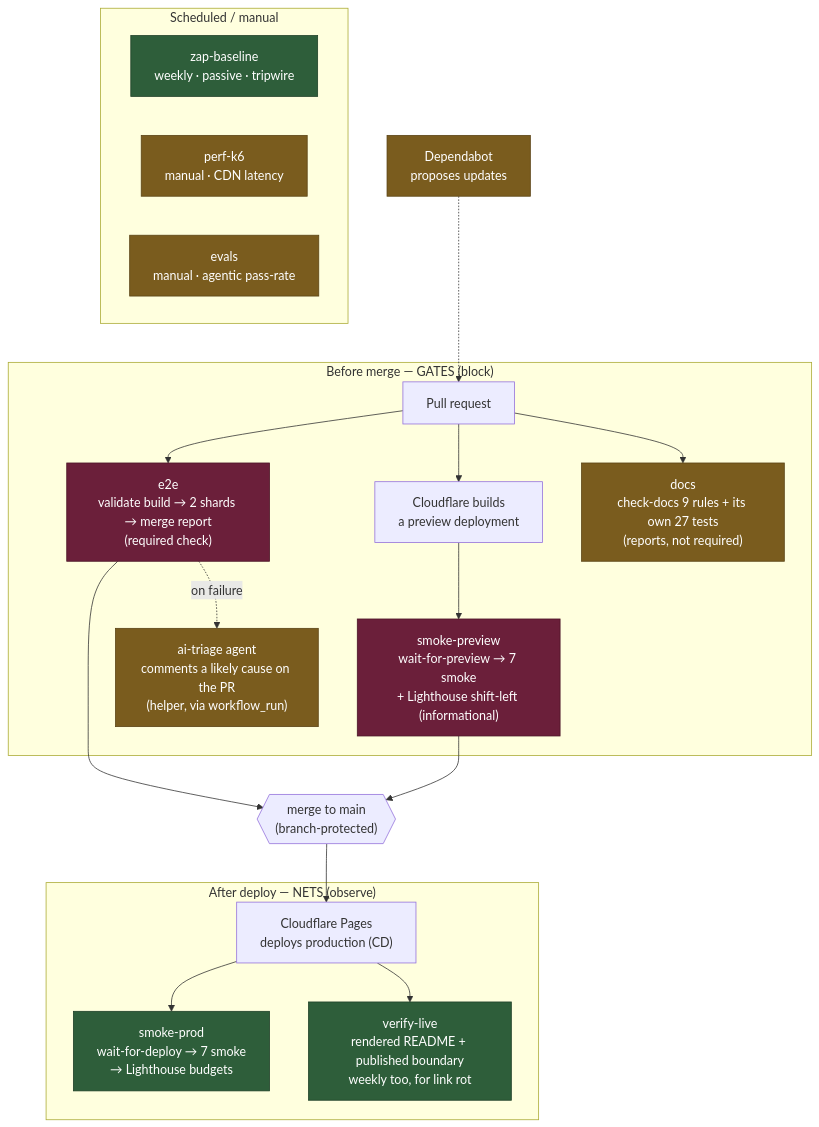
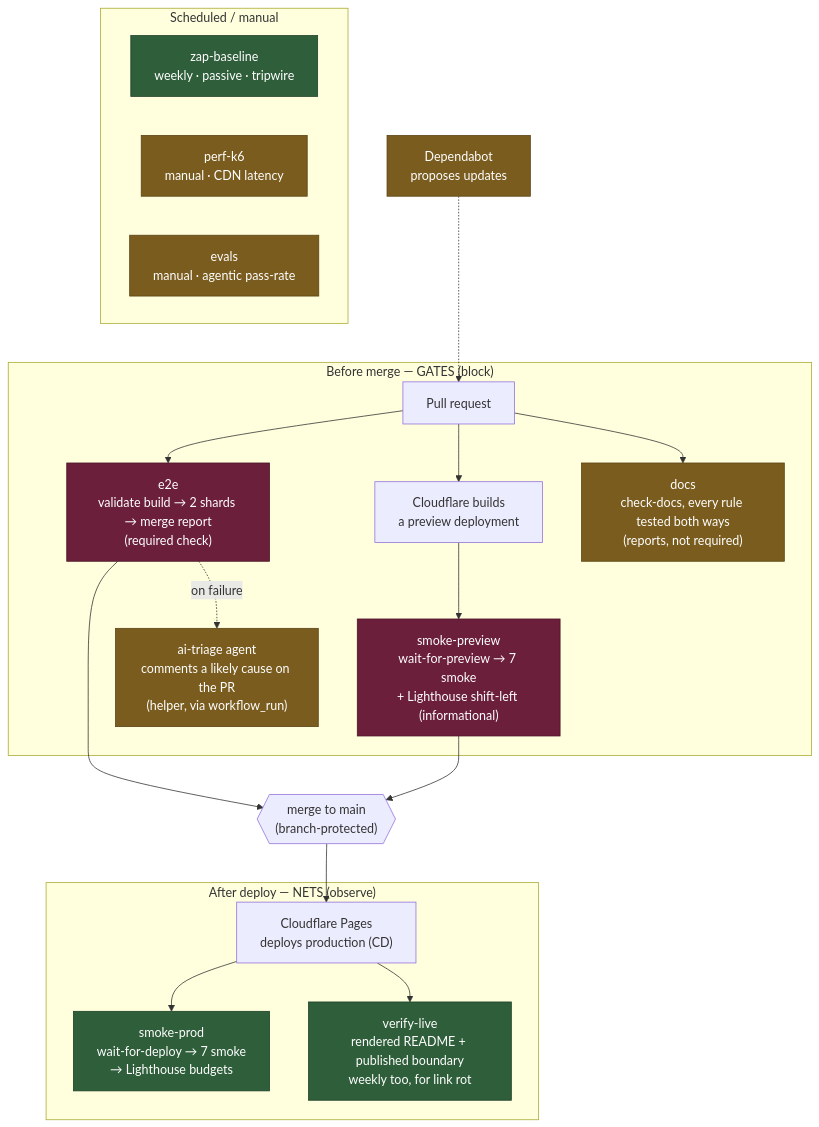
The diagram in docs/QA-ARCHITECTURE.md (InesPatricia/Mi-Dia-App), drawn with Mermaid before and after one commit. The commit also changed other lines of this file and 2 other files, not shown here.

First line of the commit message:
docs: describe the architecture, not just the pipeline

````diff
--- a/docs/QA-ARCHITECTURE.md
+++ b/docs/QA-ARCHITECTURE.md
@@ -8,35 +8,35 @@
 ```mermaid
 flowchart TD
     subgraph PRE["Before merge — GATES (block)"]
         PR["Pull request"] --> E2E["e2e\nvalidate build → 2 shards → merge report\n(required check)"]
         PR --> CFP["Cloudflare builds\na preview deployment"]
         CFP --> SP["smoke-preview\nwait-for-preview → 7 smoke\n+ Lighthouse shift-left (informational)"]
-        PR --> DOCS["docs\ncheck-docs 9 rules + its own 27 tests\n(reports, not required)"]
+        PR --> DOCS["docs\ncheck-docs, every rule tested both ways\n(reports, not required)"]
         E2E -. on failure .-> TRIAGE["ai-triage agent\ncomments a likely cause on the PR\n(helper, via workflow_run)"]
     end
 
     E2E --> MERGE{{"merge to main\n(branch-protected)"}}
     SP --> MERGE
 
     MERGE --> DEPLOY["Cloudflare Pages\ndeploys production (CD)"]
 
     subgraph POST["After deploy — NETS (observe)"]
         DEPLOY --> SPROD["smoke-prod\nwait-for-deploy → 7 smoke\n→ Lighthouse budgets"]
         DEPLOY --> VL["verify-live\nrendered README + published boundary\nweekly too, for link rot"]
     end
 
     subgraph SCHED["Scheduled / manual"]
         ZAP["zap-baseline\nweekly · passive · tripwire"]
         K6["perf-k6\nmanual · CDN latency"]
         EVALS["evals\nmanual · agentic pass-rate"]
     end
 
     DEPS["Dependabot\nproposes updates"] -.-> PR
 
     classDef gate fill:#6b1f3a,stroke:#4a1526,color:#fff;
     classDef net fill:#2e5e3a,stroke:#1e3f27,color:#fff;
     classDef helper fill:#7a5c1e,stroke:#5a4315,color:#fff;
     class E2E,SP gate;
     class SPROD,ZAP,VL net;
     class TRIAGE,EVALS,K6,DEPS,DOCS helper;
 ```
````
